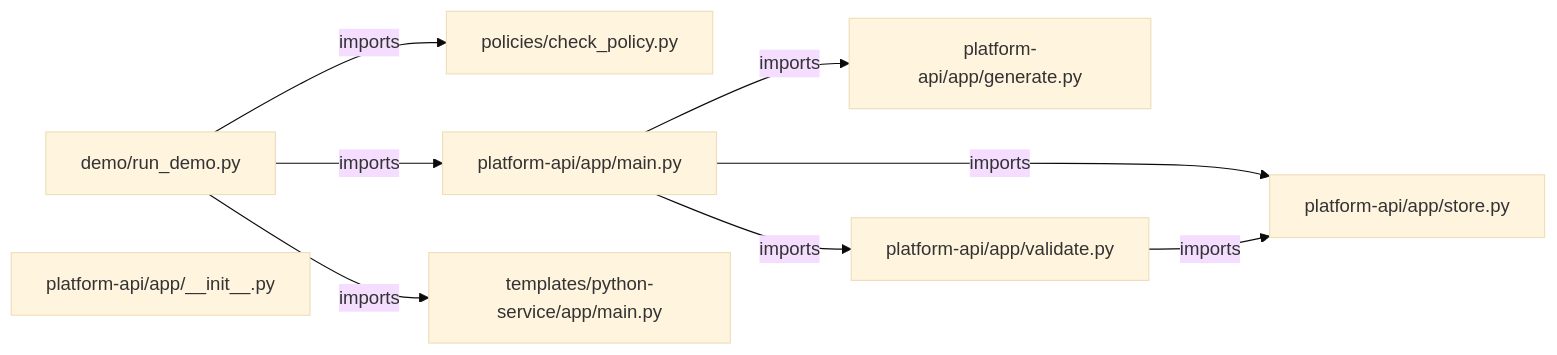
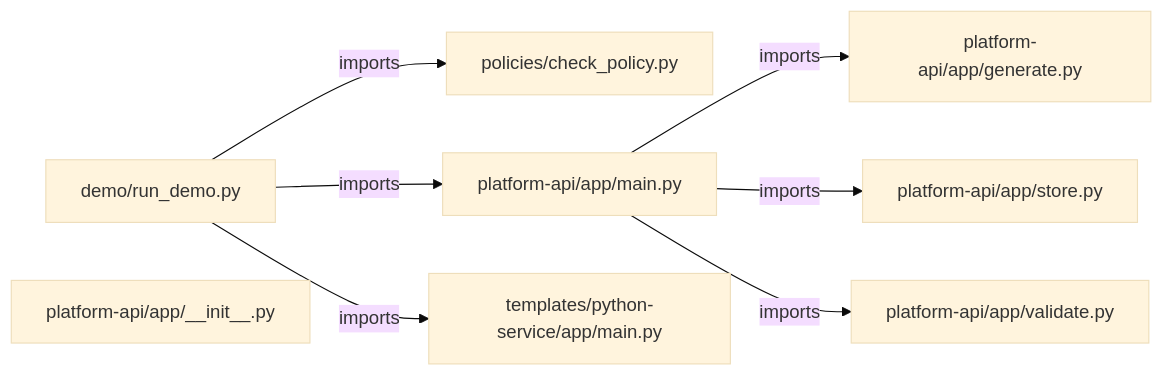
One commit to iarsingh/customer-deployment-platform changed the first of 2 diagrams in PROJECT_ARCHITECTURE.md. Above: the diagram before and after it, drawn with Mermaid (base theme).

Commit message:
Refresh architecture and interview guides from current implementation

````diff
--- a/PROJECT_ARCHITECTURE.md
+++ b/PROJECT_ARCHITECTURE.md
@@ -13,18 +13,17 @@
 ```mermaid
 flowchart LR
     M0["demo/run_demo.py"]
     M1["policies/check_policy.py"]
     M2["platform-api/app/__init__.py"]
     M3["platform-api/app/generate.py"]
     M4["platform-api/app/main.py"]
     M5["platform-api/app/store.py"]
     M6["platform-api/app/validate.py"]
     M7["templates/python-service/app/main.py"]
     M0 -->|imports| M1
     M0 -->|imports| M4
     M0 -->|imports| M7
     M4 -->|imports| M3
     M4 -->|imports| M5
     M4 -->|imports| M6
-    M6 -->|imports| M5
 ```
````
